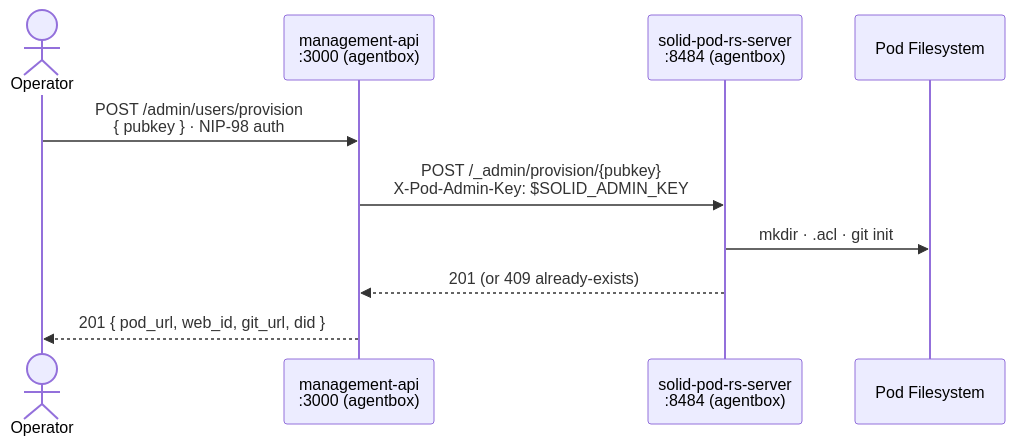
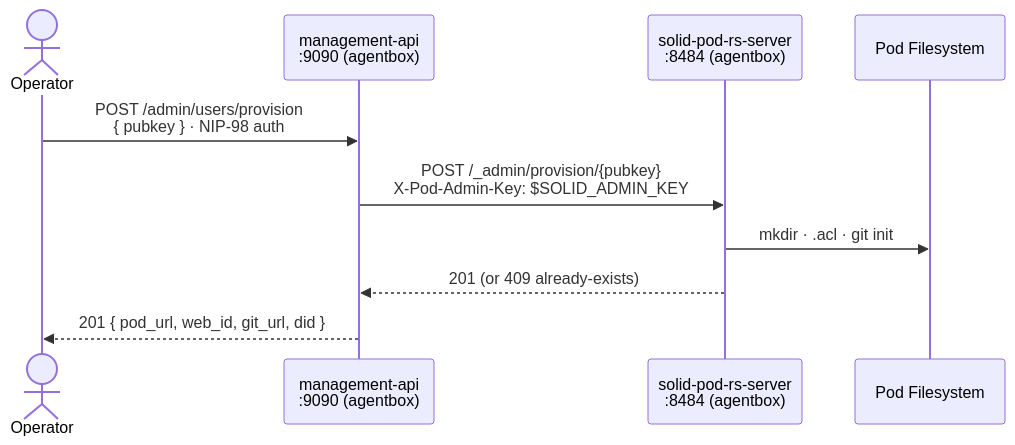
Before and after one commit to DreamLab-AI/agentbox: the third of 8 diagrams in docs/architecture/native-pod-mesh.md, drawn with Mermaid. The commit also changed other lines of this file and 11 other files, not shown here.

Commit message:
docs(diagrams): align mermaid diagrams to code ground truth; label aspirational flows and known gaps

````diff
--- a/docs/architecture/native-pod-mesh.md
+++ b/docs/architecture/native-pod-mesh.md
@@ -89,13 +91,13 @@
 ```mermaid
 sequenceDiagram
     actor Operator
-    participant MGMT as management-api<br/>:3000 (agentbox)
+    participant MGMT as management-api<br/>:9090 (agentbox)
     participant SPR as solid-pod-rs-server<br/>:8484 (agentbox)
     participant FS as Pod Filesystem
 
     Operator->>MGMT: POST /admin/users/provision<br/>{ pubkey }  ·  NIP-98 auth
     MGMT->>SPR: POST /_admin/provision/{pubkey}<br/>X-Pod-Admin-Key: $SOLID_ADMIN_KEY
     SPR->>FS: mkdir · .acl · git init
     SPR-->>MGMT: 201 (or 409 already-exists)
     MGMT-->>Operator: 201 { pod_url, web_id, git_url, did }
 ```
````
